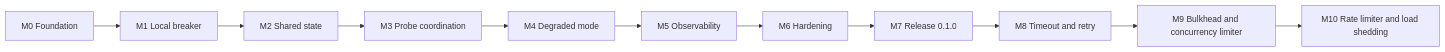
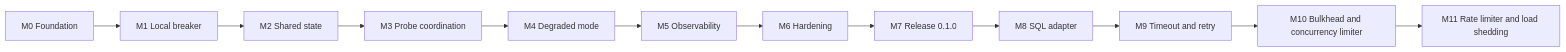
One commit to faultvane/faultvane-go changed the diagram in docs/roadmap.md. Above: the diagram before and after it, drawn with Mermaid. The commit also changed other lines of this file and 20 other files, not shown here.

````diff
--- a/docs/roadmap.md
+++ b/docs/roadmap.md
@@ -11,13 +11,14 @@
 ```mermaid
 flowchart LR
     M0[M0 Foundation] --> M1[M1 Local breaker]
     M1 --> M2[M2 Shared state]
     M2 --> M3[M3 Probe coordination]
     M3 --> M4[M4 Degraded mode]
     M4 --> M5[M5 Observability]
     M5 --> M6[M6 Hardening]
     M6 --> M7[M7 Release 0.1.0]
-    M7 --> M8[M8 Timeout and retry]
-    M8 --> M9[M9 Bulkhead and concurrency limiter]
-    M9 --> M10[M10 Rate limiter and load shedding]
+    M7 --> M8[M8 SQL adapter]
+    M8 --> M9[M9 Timeout and retry]
+    M9 --> M10[M10 Bulkhead and concurrency limiter]
+    M10 --> M11[M11 Rate limiter and load shedding]
 ```
````
